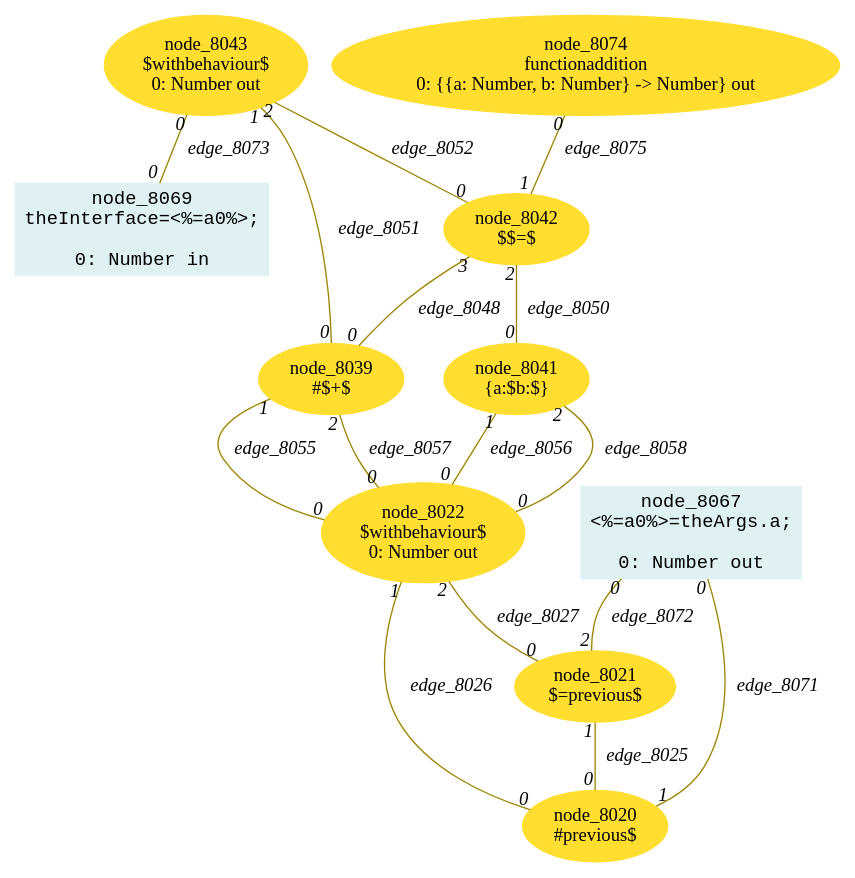
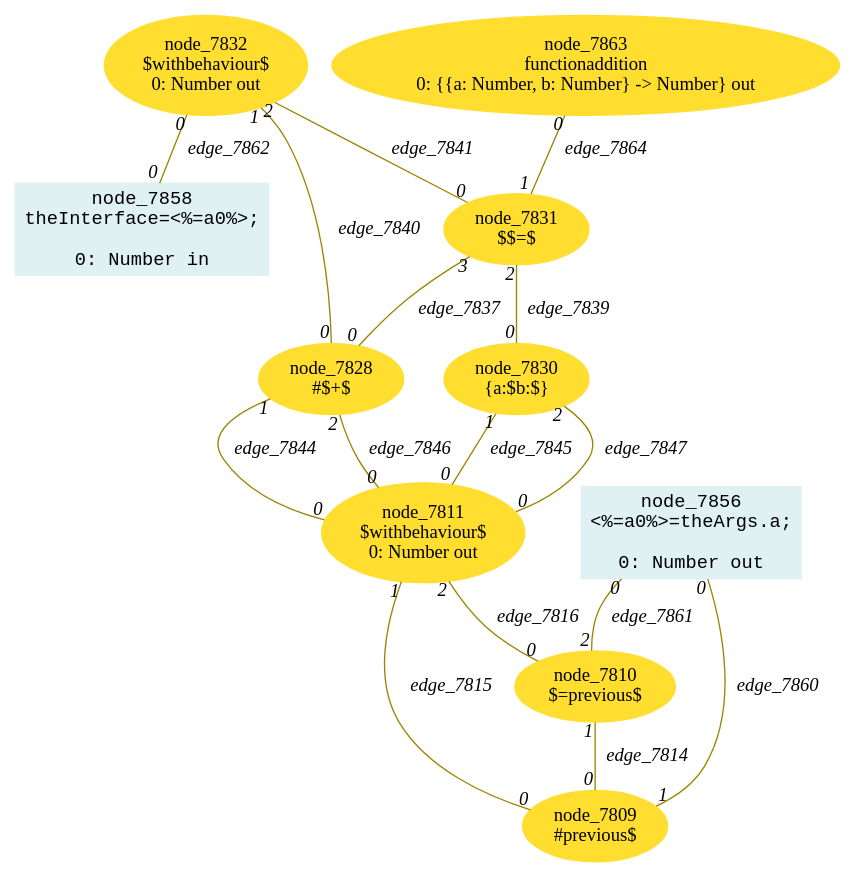
One commit to crubier/lidl changed the diagram in lidl-core/example/ok/sumOfPrevious/dot/13referentialTransparencyInstances1.dot. Above: the diagram before and after it, drawn with Graphviz. The commit also changed 1179 other files, not shown here.

```diff
--- a/lidl-core/example/ok/sumOfPrevious/dot/13referentialTransparencyInstances1.dot
+++ b/lidl-core/example/ok/sumOfPrevious/dot/13referentialTransparencyInstances1.dot
@@ -1,48 +1,48 @@
-digraph g{node_8020 [shape="ellipse", style="filled", color="#ffde2f", fontname="Times", label="node_8020
+digraph g{node_7809 [shape="ellipse", style="filled", color="#ffde2f", fontname="Times", label="node_7809
 #previous$
 " ]
-node_8021 [shape="ellipse", style="filled", color="#ffde2f", fontname="Times", label="node_8021
+node_7810 [shape="ellipse", style="filled", color="#ffde2f", fontname="Times", label="node_7810
 $=previous$
 " ]
-node_8022 [shape="ellipse", style="filled", color="#ffde2f", fontname="Times", label="node_8022
+node_7811 [shape="ellipse", style="filled", color="#ffde2f", fontname="Times", label="node_7811
 $withbehaviour$
 0: Number out" ]
-node_8039 [shape="ellipse", style="filled", color="#ffde2f", fontname="Times", label="node_8039
+node_7828 [shape="ellipse", style="filled", color="#ffde2f", fontname="Times", label="node_7828
 #$+$
 " ]
-node_8041 [shape="ellipse", style="filled", color="#ffde2f", fontname="Times", label="node_8041
+node_7830 [shape="ellipse", style="filled", color="#ffde2f", fontname="Times", label="node_7830
 {a:$b:$}
 " ]
-node_8042 [shape="ellipse", style="filled", color="#ffde2f", fontname="Times", label="node_8042
+node_7831 [shape="ellipse", style="filled", color="#ffde2f", fontname="Times", label="node_7831
 $$=$
 " ]
-node_8043 [shape="ellipse", style="filled", color="#ffde2f", fontname="Times", label="node_8043
+node_7832 [shape="ellipse", style="filled", color="#ffde2f", fontname="Times", label="node_7832
 $withbehaviour$
 0: Number out" ]
-node_8067 [shape="box", style="filled", color="#dff1f2", fontname="Courier", label="node_8067
+node_7856 [shape="box", style="filled", color="#dff1f2", fontname="Courier", label="node_7856
 <%=a0%>=theArgs.a;
 
 0: Number out" ]
-node_8069 [shape="box", style="filled", color="#dff1f2", fontname="Courier", label="node_8069
+node_7858 [shape="box", style="filled", color="#dff1f2", fontname="Courier", label="node_7858
 theInterface=<%=a0%>;
 
 0: Number in" ]
-node_8074 [shape="ellipse", style="filled", color="#ffde2f", fontname="Times", label="node_8074
+node_7863 [shape="ellipse", style="filled", color="#ffde2f", fontname="Times", label="node_7863
 functionaddition
 0: {{a: Number, b: Number} -> Number} out" ]
-node_8021 -> node_8020 [dir=none, arrowHead=none, fontname="Times-Italic", arrowsize=1, color="#9d8400", label="edge_8025",  headlabel="0", taillabel="1" ]
-node_8022 -> node_8020 [dir=none, arrowHead=none, fontname="Times-Italic", arrowsize=1, color="#9d8400", label="edge_8026",  headlabel="0", taillabel="1" ]
-node_8022 -> node_8021 [dir=none, arrowHead=none, fontname="Times-Italic", arrowsize=1, color="#9d8400", label="edge_8027",  headlabel="0", taillabel="2" ]
-node_8042 -> node_8039 [dir=none, arrowHead=none, fontname="Times-Italic", arrowsize=1, color="#9d8400", label="edge_8048",  headlabel="0", taillabel="3" ]
-node_8042 -> node_8041 [dir=none, arrowHead=none, fontname="Times-Italic", arrowsize=1, color="#9d8400", label="edge_8050",  headlabel="0", taillabel="2" ]
-node_8043 -> node_8039 [dir=none, arrowHead=none, fontname="Times-Italic", arrowsize=1, color="#9d8400", label="edge_8051",  headlabel="0", taillabel="1" ]
-node_8043 -> node_8042 [dir=none, arrowHead=none, fontname="Times-Italic", arrowsize=1, color="#9d8400", label="edge_8052",  headlabel="0", taillabel="2" ]
-node_8039 -> node_8022 [dir=none, arrowHead=none, fontname="Times-Italic", arrowsize=1, color="#9d8400", label="edge_8055",  headlabel="0", taillabel="1" ]
-node_8041 -> node_8022 [dir=none, arrowHead=none, fontname="Times-Italic", arrowsize=1, color="#9d8400", label="edge_8056",  headlabel="0", taillabel="1" ]
-node_8039 -> node_8022 [dir=none, arrowHead=none, fontname="Times-Italic", arrowsize=1, color="#9d8400", label="edge_8057",  headlabel="0", taillabel="2" ]
-node_8041 -> node_8022 [dir=none, arrowHead=none, fontname="Times-Italic", arrowsize=1, color="#9d8400", label="edge_8058",  headlabel="0", taillabel="2" ]
-node_8067 -> node_8020 [dir=none, arrowHead=none, fontname="Times-Italic", arrowsize=1, color="#9d8400", label="edge_8071",  headlabel="1", taillabel="0" ]
-node_8067 -> node_8021 [dir=none, arrowHead=none, fontname="Times-Italic", arrowsize=1, color="#9d8400", label="edge_8072",  headlabel="2", taillabel="0" ]
-node_8043 -> node_8069 [dir=none, arrowHead=none, fontname="Times-Italic", arrowsize=1, color="#9d8400", label="edge_8073",  headlabel="0", taillabel="0" ]
-node_8074 -> node_8042 [dir=none, arrowHead=none, fontname="Times-Italic", arrowsize=1, color="#9d8400", label="edge_8075",  headlabel="1", taillabel="0" ]
+node_7810 -> node_7809 [dir=none, arrowHead=none, fontname="Times-Italic", arrowsize=1, color="#9d8400", label="edge_7814",  headlabel="0", taillabel="1" ]
+node_7811 -> node_7809 [dir=none, arrowHead=none, fontname="Times-Italic", arrowsize=1, color="#9d8400", label="edge_7815",  headlabel="0", taillabel="1" ]
+node_7811 -> node_7810 [dir=none, arrowHead=none, fontname="Times-Italic", arrowsize=1, color="#9d8400", label="edge_7816",  headlabel="0", taillabel="2" ]
+node_7831 -> node_7828 [dir=none, arrowHead=none, fontname="Times-Italic", arrowsize=1, color="#9d8400", label="edge_7837",  headlabel="0", taillabel="3" ]
+node_7831 -> node_7830 [dir=none, arrowHead=none, fontname="Times-Italic", arrowsize=1, color="#9d8400", label="edge_7839",  headlabel="0", taillabel="2" ]
+node_7832 -> node_7828 [dir=none, arrowHead=none, fontname="Times-Italic", arrowsize=1, color="#9d8400", label="edge_7840",  headlabel="0", taillabel="1" ]
+node_7832 -> node_7831 [dir=none, arrowHead=none, fontname="Times-Italic", arrowsize=1, color="#9d8400", label="edge_7841",  headlabel="0", taillabel="2" ]
+node_7828 -> node_7811 [dir=none, arrowHead=none, fontname="Times-Italic", arrowsize=1, color="#9d8400", label="edge_7844",  headlabel="0", taillabel="1" ]
+node_7830 -> node_7811 [dir=none, arrowHead=none, fontname="Times-Italic", arrowsize=1, color="#9d8400", label="edge_7845",  headlabel="0", taillabel="1" ]
+node_7828 -> node_7811 [dir=none, arrowHead=none, fontname="Times-Italic", arrowsize=1, color="#9d8400", label="edge_7846",  headlabel="0", taillabel="2" ]
+node_7830 -> node_7811 [dir=none, arrowHead=none, fontname="Times-Italic", arrowsize=1, color="#9d8400", label="edge_7847",  headlabel="0", taillabel="2" ]
+node_7856 -> node_7809 [dir=none, arrowHead=none, fontname="Times-Italic", arrowsize=1, color="#9d8400", label="edge_7860",  headlabel="1", taillabel="0" ]
+node_7856 -> node_7810 [dir=none, arrowHead=none, fontname="Times-Italic", arrowsize=1, color="#9d8400", label="edge_7861",  headlabel="2", taillabel="0" ]
+node_7832 -> node_7858 [dir=none, arrowHead=none, fontname="Times-Italic", arrowsize=1, color="#9d8400", label="edge_7862",  headlabel="0", taillabel="0" ]
+node_7863 -> node_7831 [dir=none, arrowHead=none, fontname="Times-Italic", arrowsize=1, color="#9d8400", label="edge_7864",  headlabel="1", taillabel="0" ]
 }
```
